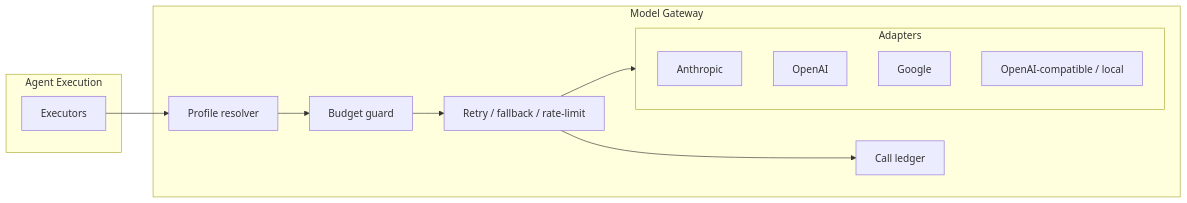
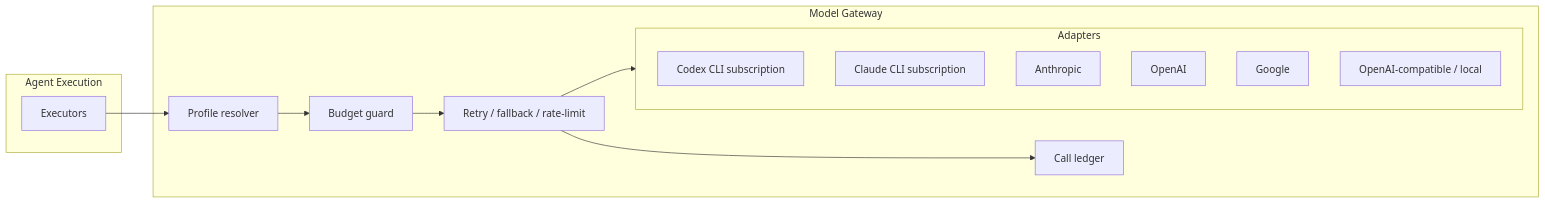
Before and after one commit to Sadoge/ai-system: the diagram in docs/07-model-management.md, drawn with Mermaid. The commit also changed other lines of this file and 26 other files, not shown here.

````diff
--- a/docs/07-model-management.md
+++ b/docs/07-model-management.md
@@ -36,20 +39,22 @@
 ```mermaid
 flowchart LR
     subgraph agents["Agent Execution"]
         AE["Executors"]
     end
     subgraph gw["Model Gateway"]
         RES["Profile resolver"]
         POL["Retry / fallback / rate-limit"]
         BUD["Budget guard"]
         LED["Call ledger"]
         subgraph adapters["Adapters"]
+            C1["Codex CLI subscription"]
+            C2["Claude CLI subscription"]
             A1["Anthropic"]
             A2["OpenAI"]
             A3["Google"]
             A4["OpenAI-compatible / local"]
         end
     end
     AE --> RES --> BUD --> POL --> adapters
     POL --> LED
 ```
````
